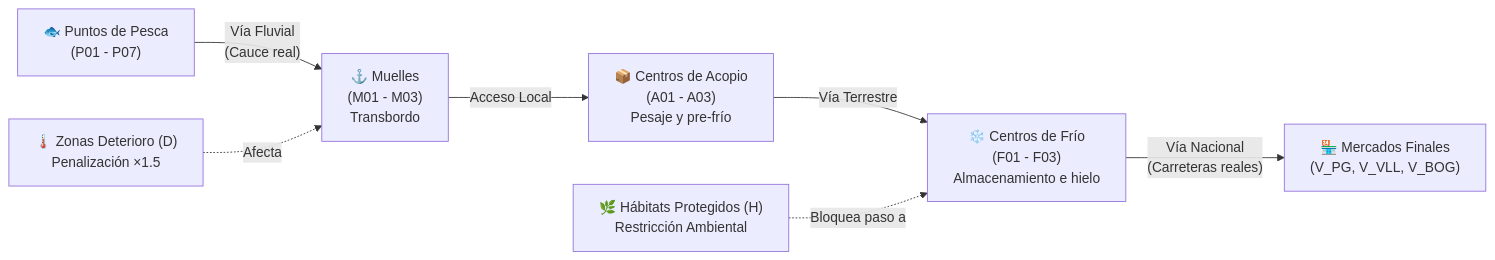
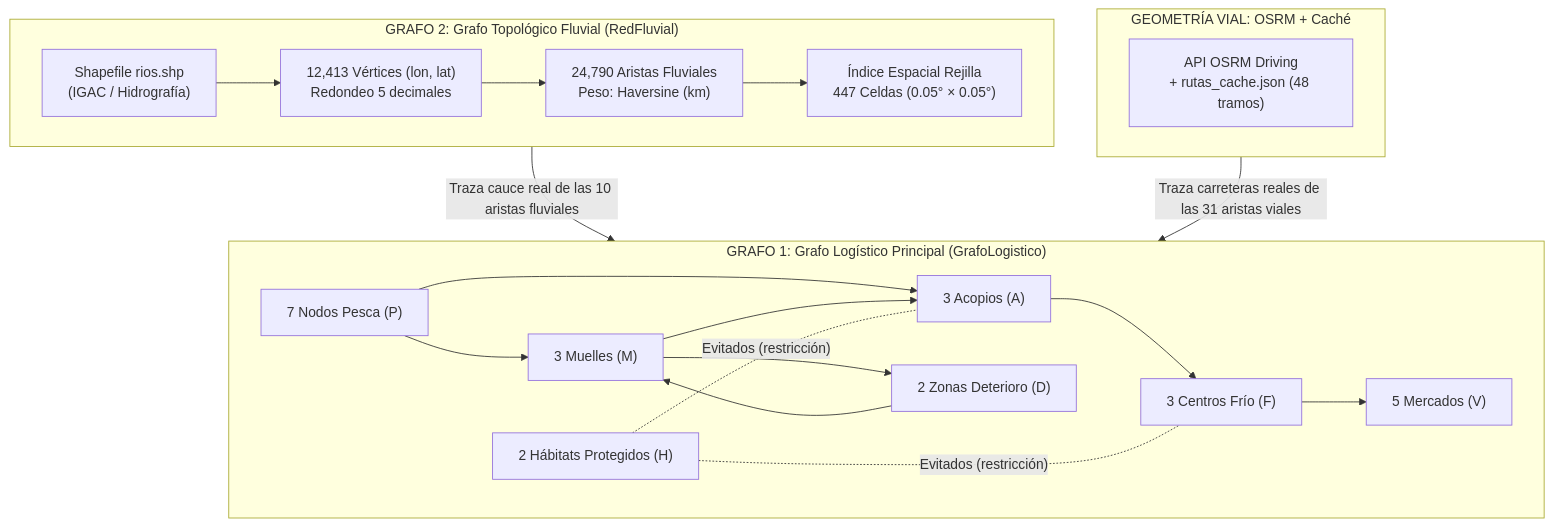
The diagram in INFORME_TECNICO.md (HardXxxx/ProyectoEstructura-Semillero), drawn with Mermaid before and after one commit. The commit also changed other lines of this file, not shown here.

Commit message:
docs: ampliar INFORME_TECNICO.md con catalogo completo de 25 vertices, 41 aristas, grafos y calculos paso a paso

````diff
--- a/INFORME_TECNICO.md
+++ b/INFORME_TECNICO.md
@@ -25,10 +48,29 @@
 ```mermaid
-flowchart LR
-    P["🐟 Puntos de Pesca\n(P01 - P07)"] -->|"Vía Fluvial\n(Cauce real)"| M["⚓ Muelles\n(M01 - M03)\nTransbordo"]
-    M -->|"Acceso Local"| A["📦 Centros de Acopio\n(A01 - A03)\nPesaje y pre-frío"]
-    A -->|"Vía Terrestre"| F["❄️ Centros de Frío\n(F01 - F03)\nAlmacenamiento e hielo"]
-    F -->|"Vía Nacional\n(Carreteras reales)"| V["🏪 Mercados Finales\n(V_PG, V_VLL, V_BOG)"]
-    
-    D["🌡️ Zonas Deterioro (D)\nPenalización ×1.5"] -.->|"Afecta"| M
-    H["🌿 Hábitats Protegidos (H)\nRestricción Ambiental"] -.->|"Bloquea paso a"| F
+flowchart TB
+    subgraph G1["GRAFO 1: Grafo Logístico Principal (GrafoLogistico)"]
+        direction LR
+        P["7 Nodos Pesca (P)"] --> M["3 Muelles (M)"]
+        P --> A["3 Acopios (A)"]
+        M --> D["2 Zonas Deterioro (D)"]
+        M --> A
+        D --> M
+        A --> F["3 Centros Frío (F)"]
+        F --> V["5 Mercados (V)"]
+        H["2 Hábitats Protegidos (H)"] -. "Evitados (restricción)" .- A
+        H -. "Evitados (restricción)" .- F
+    end
+
+    subgraph G2["GRAFO 2: Grafo Topológico Fluvial (RedFluvial)"]
+        direction LR
+        SHP["Shapefile rios.shp\n(IGAC / Hidrografía)"] --> V12K["12,413 Vértices (lon, lat)\nRedondeo 5 decimales"]
+        V12K --> E24K["24,790 Aristas Fluviales\nPeso: Haversine (km)"]
+        E24K --> GRID["Índice Espacial Rejilla\n447 Celdas (0.05° × 0.05°)"]
+    end
+
+    subgraph G3["GEOMETRÍA VIAL: OSRM + Caché"]
+        OSRM["API OSRM Driving\n+ rutas_cache.json (48 tramos)"]
+    end
+
+    G2 -->|"Traza cauce real de las 10 aristas fluviales"| G1
+    G3 -->|"Traza carreteras reales de las 31 aristas viales"| G1
 ```
````
